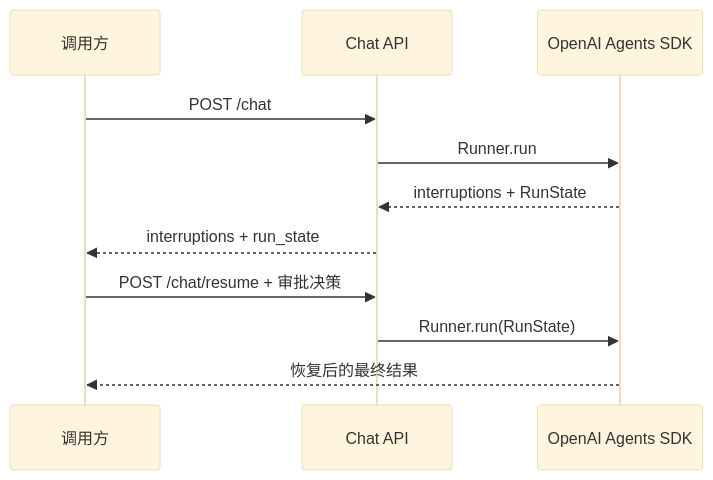
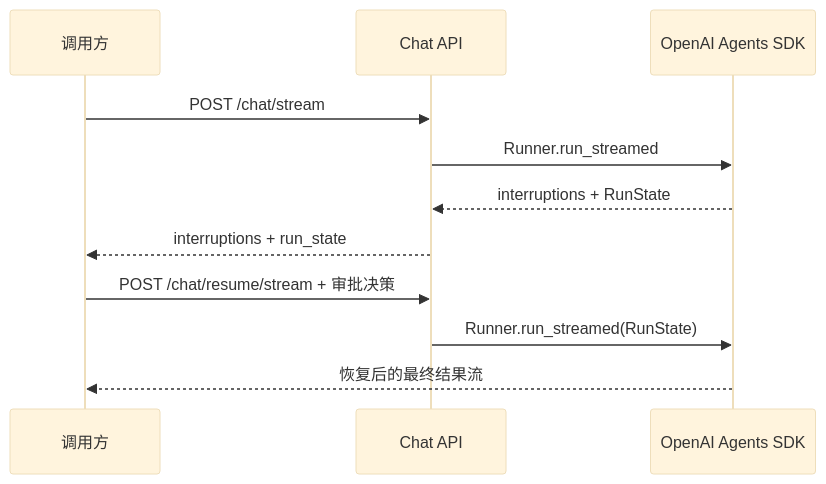
Before and after one commit to rnb-tron/openai-agents-harness: the diagram in examples/README.md, drawn with Mermaid (base theme). The commit also changed other lines of this file and 62 other files, not shown here.

````diff
--- a/examples/README.md
+++ b/examples/README.md
@@ -22,14 +21,14 @@
 ```mermaid
 sequenceDiagram
     participant C as 调用方
     participant API as Chat API
     participant SDK as OpenAI Agents SDK
 
-    C->>API: POST /chat
-    API->>SDK: Runner.run
+    C->>API: POST /chat/stream
+    API->>SDK: Runner.run_streamed
     SDK-->>API: interruptions + RunState
     API-->>C: interruptions + run_state
-    C->>API: POST /chat/resume + 审批决策
-    API->>SDK: Runner.run(RunState)
-    SDK-->>C: 恢复后的最终结果
+    C->>API: POST /chat/resume/stream + 审批决策
+    API->>SDK: Runner.run_streamed(RunState)
+    SDK-->>C: 恢复后的最终结果流
 ```
````
